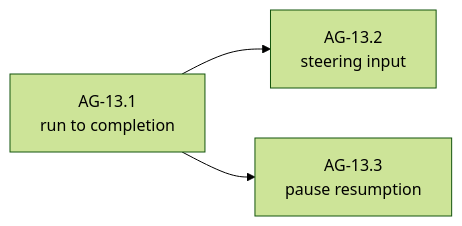
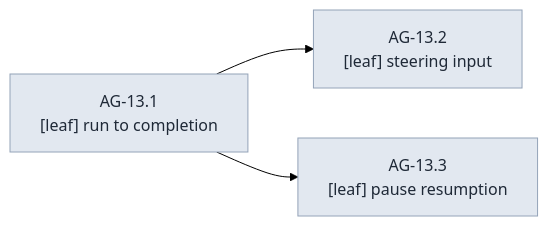
One commit to witsaba/cachicamas changed diagram 16 of 28 in docs/architecture/milestones/0003-cachicamas-agent-layer-2-task-graph.md. Above: the diagram before and after it, drawn with Mermaid (forest theme). The commit also changed other lines of this file and 3 other files, not shown here.

````diff
--- a/docs/architecture/milestones/0003-cachicamas-agent-layer-2-task-graph.md
+++ b/docs/architecture/milestones/0003-cachicamas-agent-layer-2-task-graph.md
@@ -634,5 +1291,7 @@
 ```mermaid
 flowchart LR
-    J1["AG-13.1<br/>run to completion"] --> J2["AG-13.2<br/>steering input"]
-    J1 --> J3["AG-13.3<br/>pause resumption"]
+    J1["AG-13.1<br/>[leaf] run to completion"] --> J2["AG-13.2<br/>[leaf] steering input"]
+    J1 --> J3["AG-13.3<br/>[leaf] pause resumption"]
+    classDef leaf fill:#e2e8f0,stroke:#94a3b8,color:#1f2937
+    class J1,J2,J3 leaf
 ```
````
